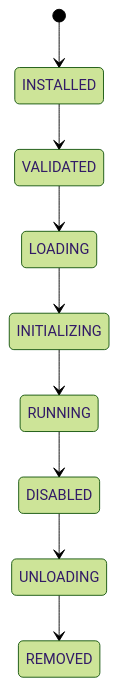
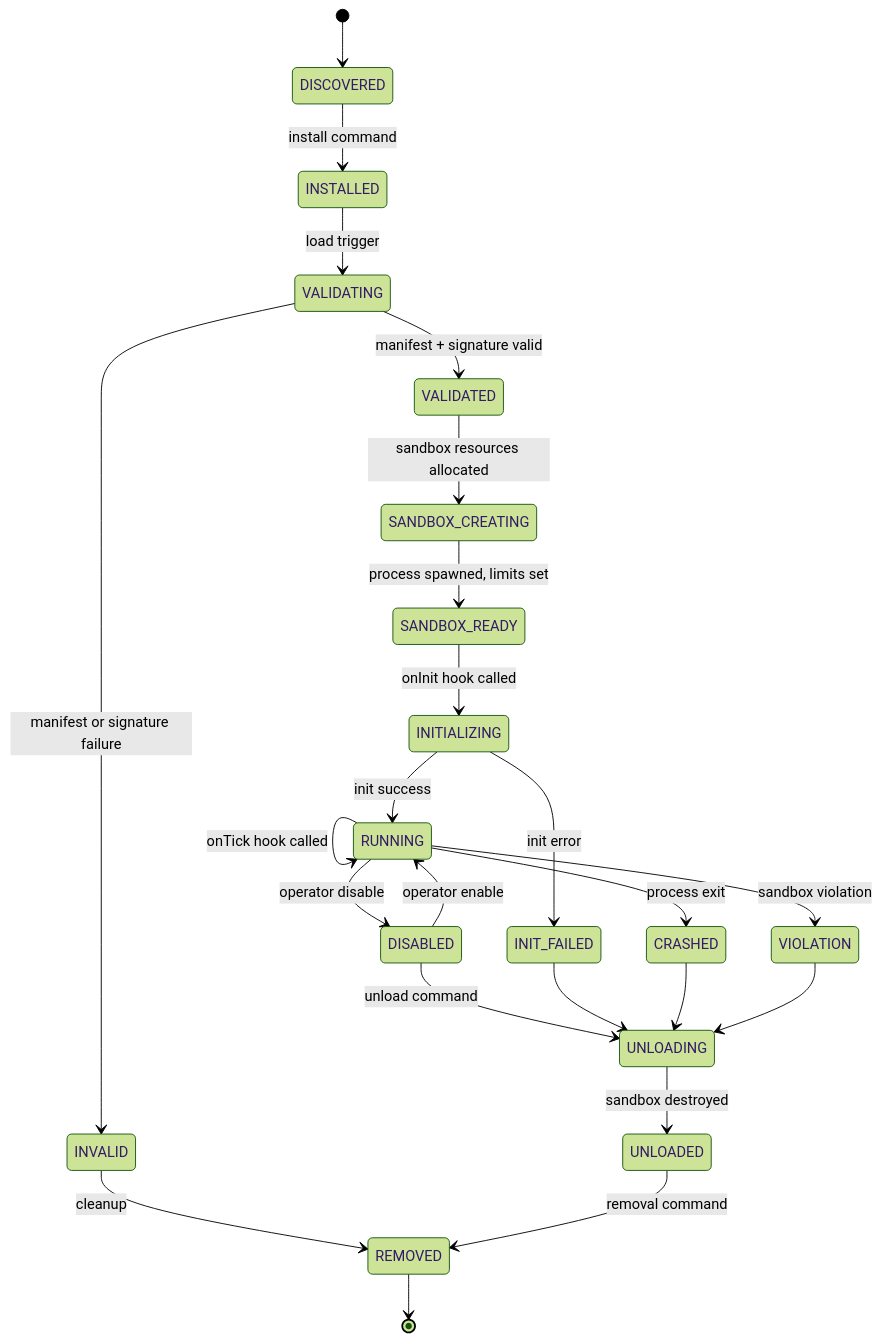
One commit to pavan53732/Apex-Arbitrage-Multichain-bot-for-windows changed the diagram in docs/PLUGIN-LIFECYCLE.md. Above: the diagram before and after it, drawn with Mermaid (forest theme). The commit also changed other lines of this file and 18 other files, not shown here.

````diff
--- a/docs/PLUGIN-LIFECYCLE.md
+++ b/docs/PLUGIN-LIFECYCLE.md
@@ -12,11 +16,26 @@
 ```mermaid
 stateDiagram-v2
-  [*] --> INSTALLED
-  INSTALLED --> VALIDATED
-  VALIDATED --> LOADING
-  LOADING --> INITIALIZING
-  INITIALIZING --> RUNNING
-  RUNNING --> DISABLED
-  DISABLED --> UNLOADING
-  UNLOADING --> REMOVED
+  [*] --> DISCOVERED
+  DISCOVERED --> INSTALLED: install command
+  INSTALLED --> VALIDATING: load trigger
+  VALIDATING --> VALIDATED: manifest + signature valid
+  VALIDATING --> INVALID: manifest or signature failure
+  VALIDATED --> SANDBOX_CREATING: sandbox resources allocated
+  SANDBOX_CREATING --> SANDBOX_READY: process spawned, limits set
+  SANDBOX_READY --> INITIALIZING: onInit hook called
+  INITIALIZING --> RUNNING: init success
+  INITIALIZING --> INIT_FAILED: init error
+  RUNNING --> RUNNING: onTick hook called
+  RUNNING --> DISABLED: operator disable
+  RUNNING --> CRASHED: process exit
+  RUNNING --> VIOLATION: sandbox violation
+  DISABLED --> RUNNING: operator enable
+  DISABLED --> UNLOADING: unload command
+  INIT_FAILED --> UNLOADING
+  CRASHED --> UNLOADING
+  VIOLATION --> UNLOADING
+  INVALID --> REMOVED: cleanup
+  UNLOADING --> UNLOADED: sandbox destroyed
+  UNLOADED --> REMOVED: removal command
+  REMOVED --> [*]
 ```
````
